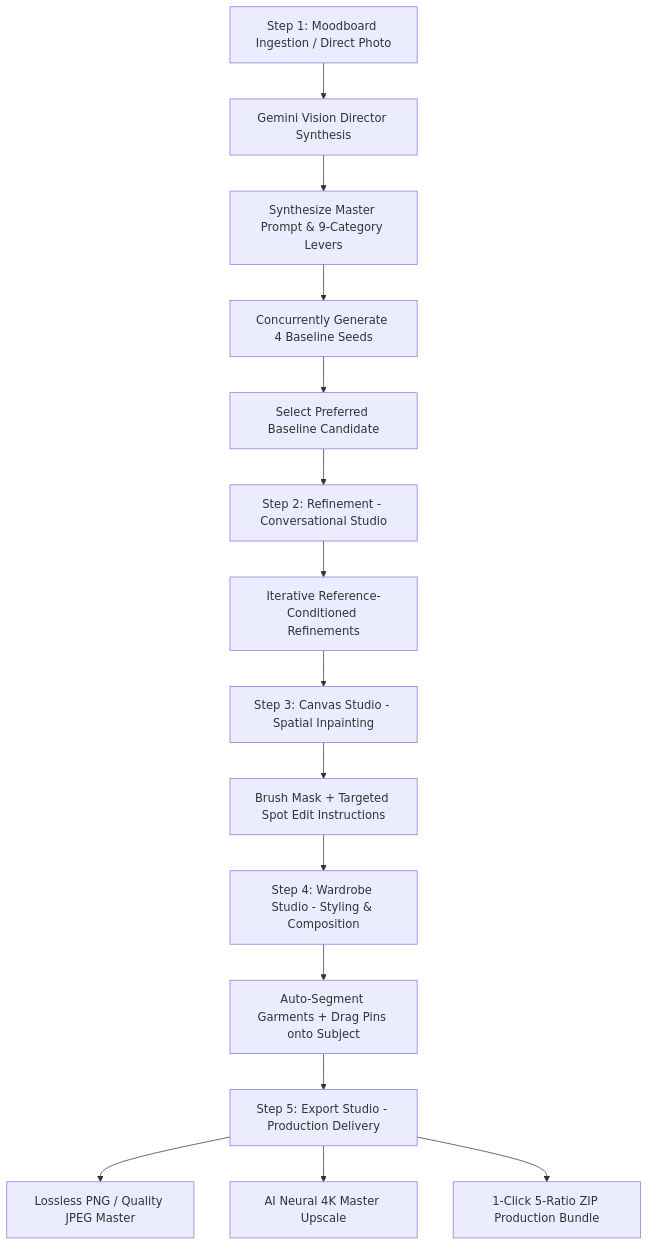
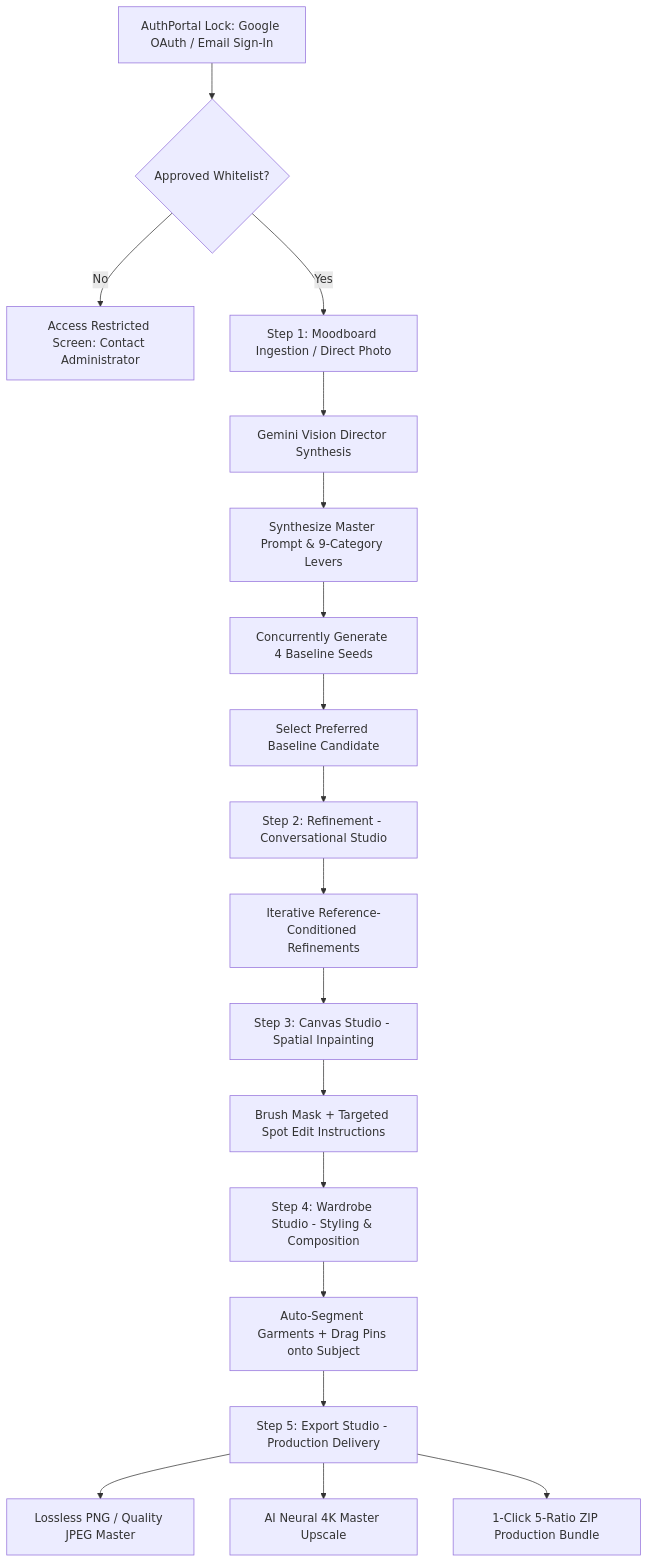
The diagram in docs/PRD.md (zacangzz/fashion-art-director), drawn with Mermaid before and after one commit. The commit also changed other lines of this file and 22 other files, not shown here.

````diff
--- a/docs/PRD.md
+++ b/docs/PRD.md
@@ -91,17 +95,20 @@
 ```mermaid
 flowchart TD
-    A[Step 1: Moodboard Ingestion / Direct Photo] --> B[Gemini Vision Director Synthesis]
+    Gate[AuthPortal Lock: Google OAuth / Email Sign-In] --> AuthCheck{Approved Whitelist?}
+    AuthCheck -- No --> Restricted[Access Restricted Screen: Contact Administrator]
+    AuthCheck -- Yes --> A[Step 1: Moodboard Ingestion / Direct Photo]
+    A --> B[Gemini Vision Director Synthesis]
     B --> C[Synthesize Master Prompt & 9-Category Levers]
     C --> D[Concurrently Generate 4 Baseline Seeds]
     D --> E[Select Preferred Baseline Candidate]
     E --> F[Step 2: Refinement - Conversational Studio]
     F --> G[Iterative Reference-Conditioned Refinements]
     G --> H[Step 3: Canvas Studio - Spatial Inpainting]
     H --> I[Brush Mask + Targeted Spot Edit Instructions]
     I --> J[Step 4: Wardrobe Studio - Styling & Composition]
     J --> K[Auto-Segment Garments + Drag Pins onto Subject]
     K --> L[Step 5: Export Studio - Production Delivery]
     L --> M1[Lossless PNG / Quality JPEG Master]
     L --> M2[AI Neural 4K Master Upscale]
     L --> M3[1-Click 5-Ratio ZIP Production Bundle]
 ```
````
